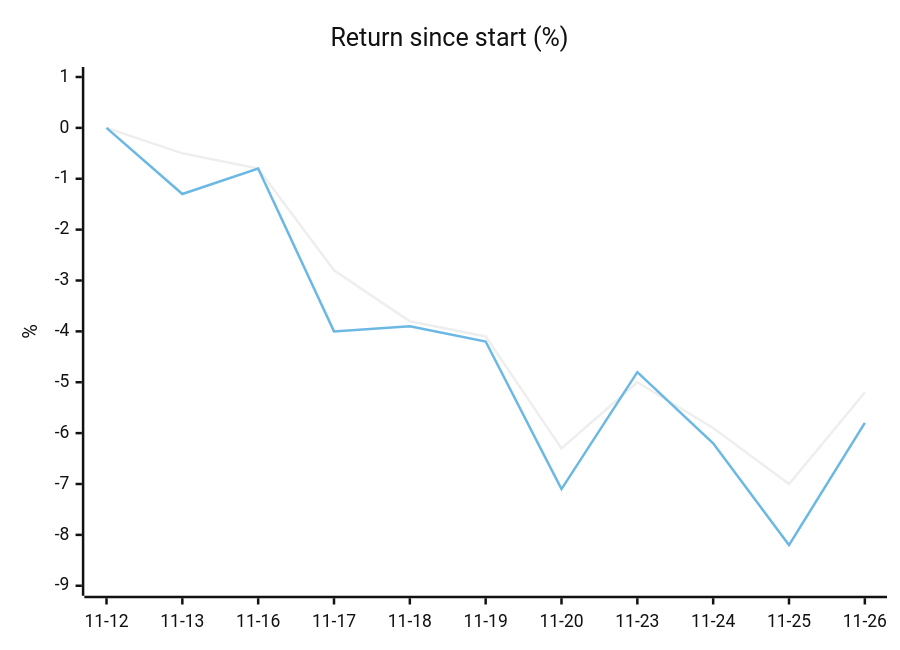
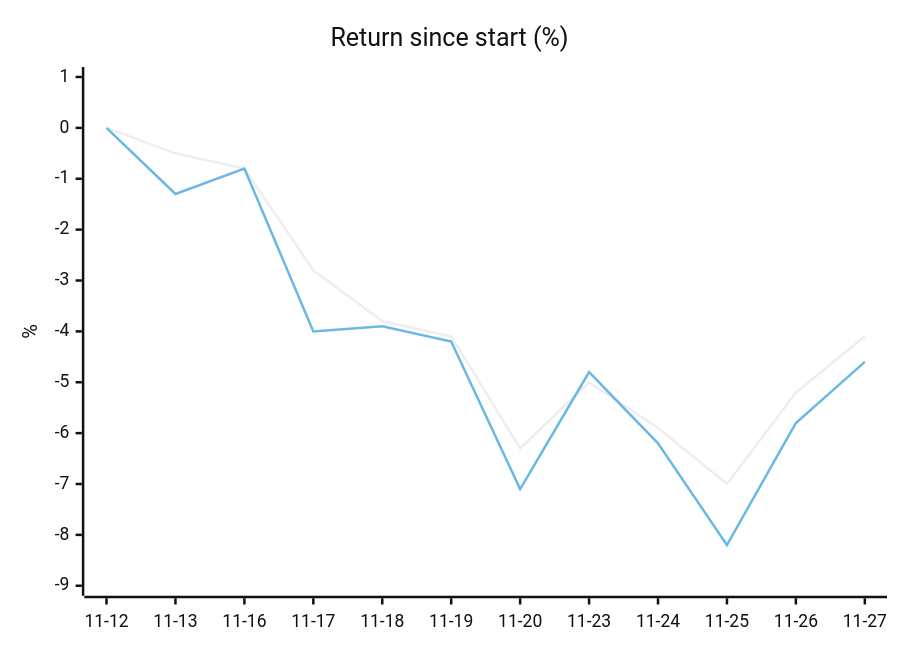
Before and after one commit to owlpowell50-creator/trading-bot: the diagram in 06 - One-Month Trial.md, drawn with Mermaid (neutral theme). The commit also changed other lines of this file and 17 other files, not shown here.

````diff
--- a/06 - One-Month Trial.md
+++ b/06 - One-Month Trial.md
@@ -39,8 +40,8 @@
 ```mermaid
 xychart-beta
     title "Return since start (%)"
-    x-axis ["11-12", "11-13", "11-16", "11-17", "11-18", "11-19", "11-20", "11-23", "11-24", "11-25", "11-26"]
+    x-axis ["11-12", "11-13", "11-16", "11-17", "11-18", "11-19", "11-20", "11-23", "11-24", "11-25", "11-26", "11-27"]
     y-axis "%" -9 --> 1
-    line [-0.0, -0.5, -0.8, -2.8, -3.8, -4.1, -6.3, -5.0, -5.9, -7.0, -5.2]
-    line [0.0, -1.3, -0.8, -4.0, -3.9, -4.2, -7.1, -4.8, -6.2, -8.2, -5.8]
+    line [-0.0, -0.5, -0.8, -2.8, -3.8, -4.1, -6.3, -5.0, -5.9, -7.0, -5.2, -4.1]
+    line [0.0, -1.3, -0.8, -4.0, -3.9, -4.2, -7.1, -4.8, -6.2, -8.2, -5.8, -4.6]
 ```
````
